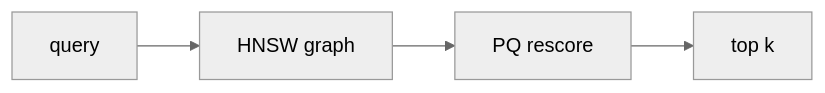
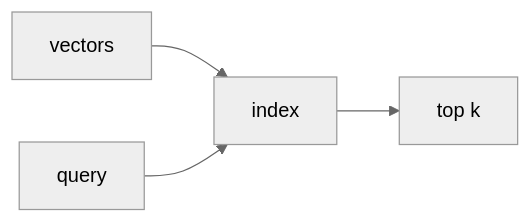
Before and after one commit to arclabs561/jin: the diagram in README.md, drawn with Mermaid (neutral theme). The commit also changed other lines of this file, not shown here.

Commit message:
readme: fix API to match actual code

````diff
--- a/README.md
+++ b/README.md
@@ -3,6 +3,6 @@
 ```mermaid
 flowchart LR
-    Q[query] --> HNSW[HNSW graph]
-    HNSW --> PQ[PQ rescore]
-    PQ --> K[top k]
+    V[vectors] --> I[index]
+    Q[query] --> I
+    I --> K[top k]
 ```
````
